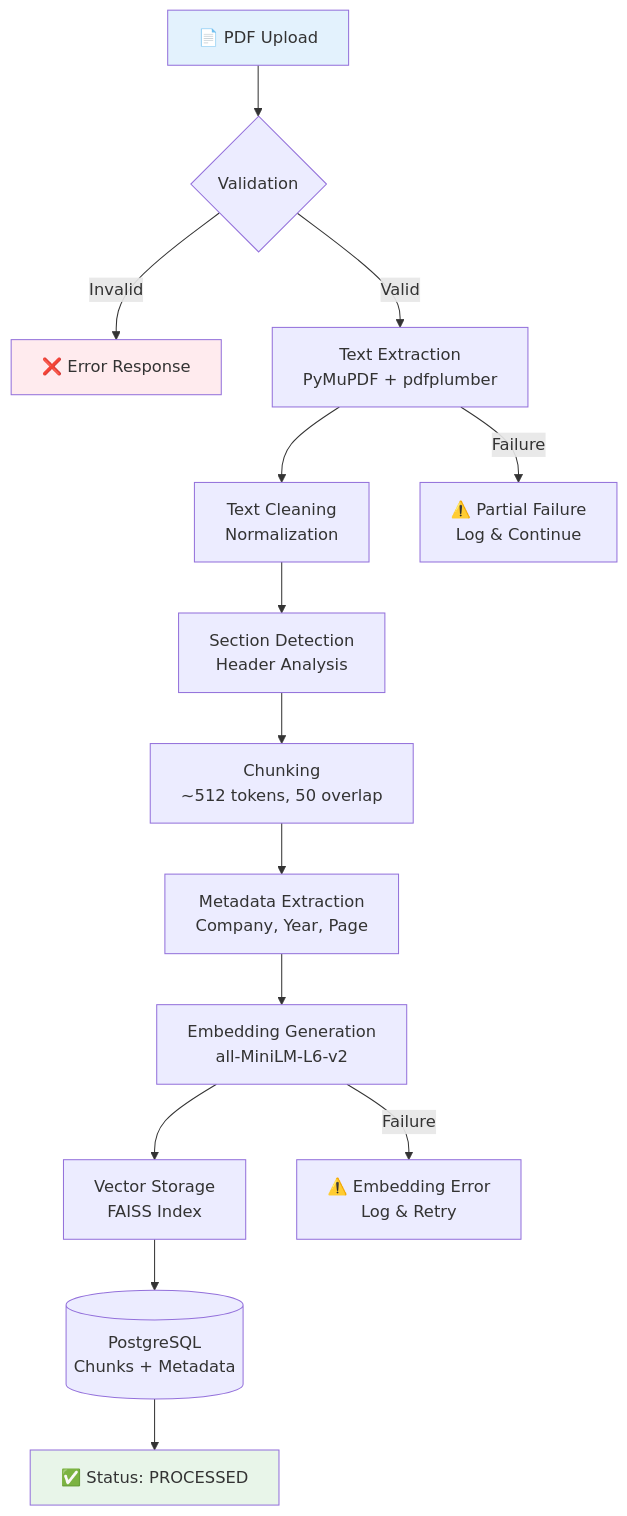
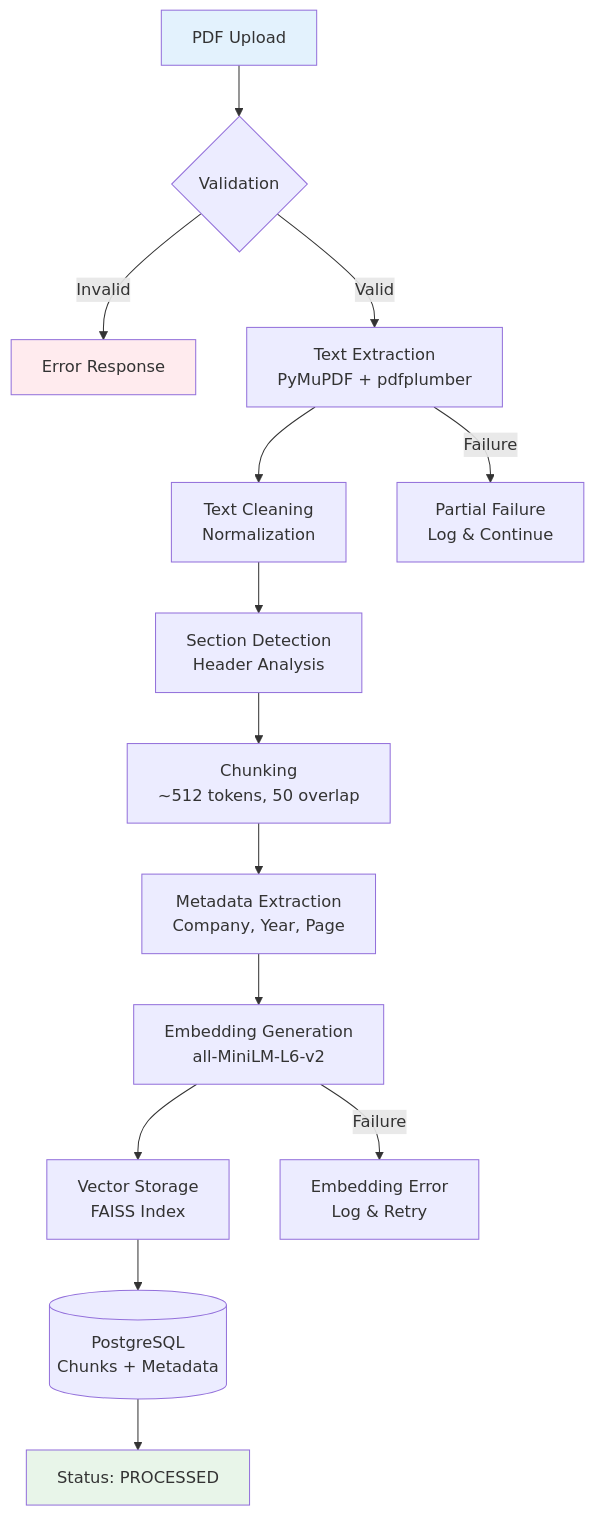
Before and after one commit to Samar-365/Financial-Document-Intelligence-RAG-Analytics-Platform: the second of 7 diagrams in docs/SYSTEM_DESIGN.md, drawn with Mermaid. The commit also changed other lines of this file and 19 other files, not shown here.

````diff
--- a/docs/SYSTEM_DESIGN.md
+++ b/docs/SYSTEM_DESIGN.md
@@ -130,21 +130,21 @@
 ```mermaid
 flowchart TD
-    PDF[📄 PDF Upload] --> V{Validation}
-    V -->|Invalid| ERR[❌ Error Response]
+    PDF[ PDF Upload] --> V{Validation}
+    V -->|Invalid| ERR[ Error Response]
     V -->|Valid| TE[Text Extraction<br/>PyMuPDF + pdfplumber]
     TE --> TC[Text Cleaning<br/>Normalization]
     TC --> SD[Section Detection<br/>Header Analysis]
     SD --> CH[Chunking<br/>~512 tokens, 50 overlap]
     CH --> ME[Metadata Extraction<br/>Company, Year, Page]
     ME --> EG[Embedding Generation<br/>all-MiniLM-L6-v2]
     EG --> VS[Vector Storage<br/>FAISS Index]
     VS --> DB[(PostgreSQL<br/>Chunks + Metadata)]
-    DB --> DONE[✅ Status: PROCESSED]
+    DB --> DONE[ Status: PROCESSED]
     
-    TE -->|Failure| PF[⚠️ Partial Failure<br/>Log & Continue]
-    EG -->|Failure| EF[⚠️ Embedding Error<br/>Log & Retry]
+    TE -->|Failure| PF[ Partial Failure<br/>Log & Continue]
+    EG -->|Failure| EF[ Embedding Error<br/>Log & Retry]
 
     style PDF fill:#e3f2fd
     style DONE fill:#e8f5e9
     style ERR fill:#ffebee
 ```
````
